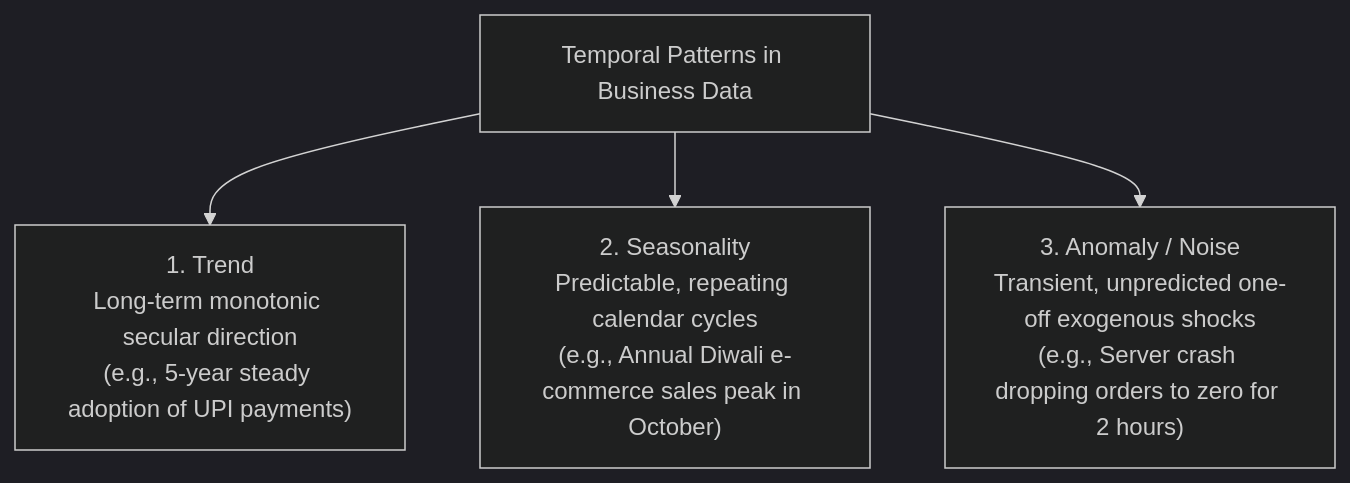
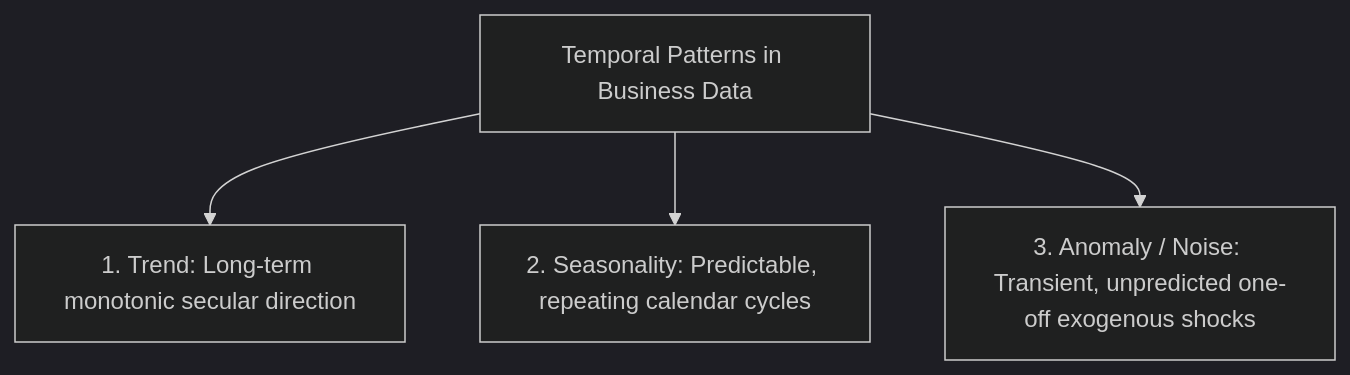
Before and after one commit to DeepLumiere/DeepSkills: diagram 12 of 27 in notes/data_analysis/Unit_2_notes.md, drawn with Mermaid (dark theme). The commit also changed other lines of this file and 56 other files, not shown here.

````diff
--- a/notes/data_analysis/Unit_2_notes.md
+++ b/notes/data_analysis/Unit_2_notes.md
@@ -703,8 +703,8 @@
 ```mermaid
 flowchart TD
     TIME["Temporal Patterns in Business Data"]
 
-    TIME --> P1["1. Trend<br/>Long-term monotonic secular direction<br/>(e.g., 5-year steady adoption of UPI payments)"]
-    TIME --> P2["2. Seasonality<br/>Predictable, repeating calendar cycles<br/>(e.g., Annual Diwali e-commerce sales peak in October)"]
-    TIME --> P3["3. Anomaly / Noise<br/>Transient, unpredicted one-off exogenous shocks<br/>(e.g., Server crash dropping orders to zero for 2 hours)"]
+    TIME --> P1["1. Trend: Long-term monotonic secular direction"]
+    TIME --> P2["2. Seasonality: Predictable, repeating calendar cycles"]
+    TIME --> P3["3. Anomaly / Noise: Transient, unpredicted one-off exogenous shocks"]
 ```
````
